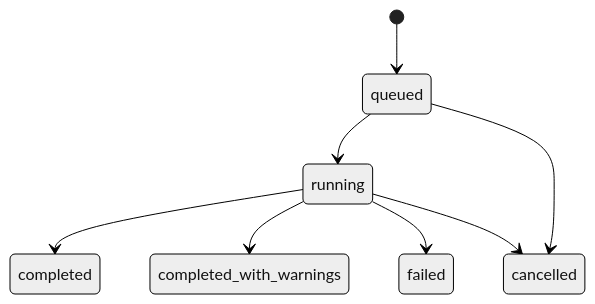
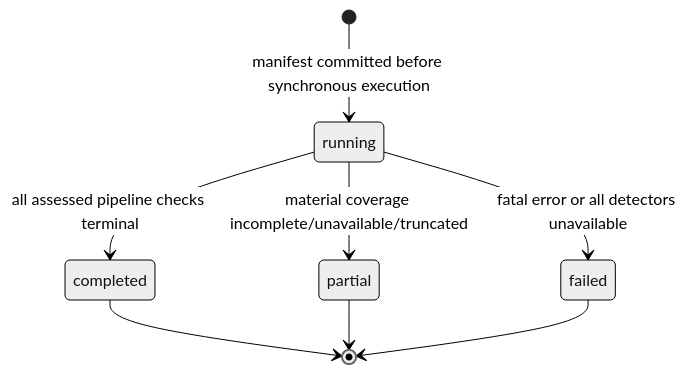
Before and after one commit to valentinowilly/claim-integrity-radar: the third of 3 diagrams in docs/end-to-end-system-spec.md, drawn with Mermaid (neutral theme). The commit also changed other lines of this file and 55 other files, not shown here.

```diff
--- a/docs/end-to-end-system-spec.md
+++ b/docs/end-to-end-system-spec.md
@@ -122,10 +126,10 @@
 ~~~mermaid
 stateDiagram-v2
-  [*] --> queued
-  queued --> running
-  queued --> cancelled
-  running --> completed
-  running --> completed_with_warnings
-  running --> failed
-  running --> cancelled
+  [*] --> running: manifest committed before synchronous execution
+  running --> completed: all assessed pipeline checks terminal
+  running --> partial: material coverage incomplete/unavailable/truncated
+  running --> failed: fatal error or all detectors unavailable
+  completed --> [*]
+  partial --> [*]
+  failed --> [*]
 ~~~
```
